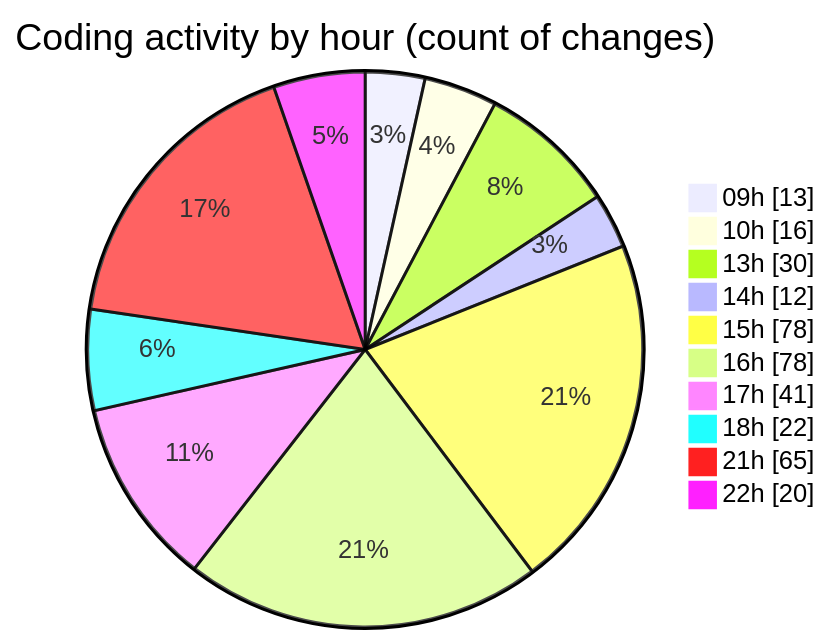
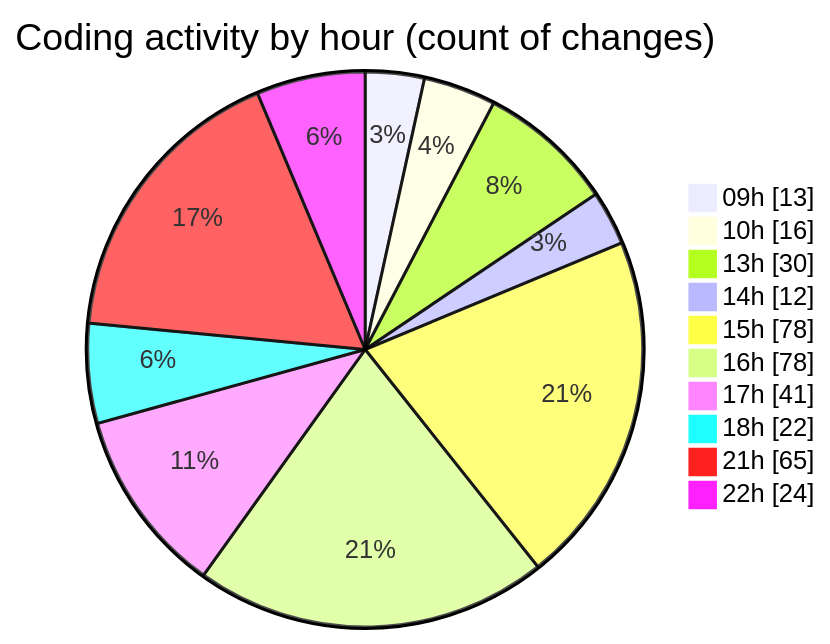
The second of 2 diagrams in 2025-03-31/cda/README.md (momahboobian/code-tracking), drawn with Mermaid before and after one commit. The commit also changed other lines of this file and 1 other file, not shown here.

````diff
--- a/2025-03-31/cda/README.md
+++ b/2025-03-31/cda/README.md
@@ -50,14 +50,14 @@
 ```mermaid
 pie showData
 title Coding activity by hour (count of changes)
 "09h" : 13
 "10h" : 16
 "13h" : 30
 "14h" : 12
 "15h" : 78
 "16h" : 78
 "17h" : 41
 "18h" : 22
 "21h" : 65
-"22h" : 20
+"22h" : 24
 ```
````
